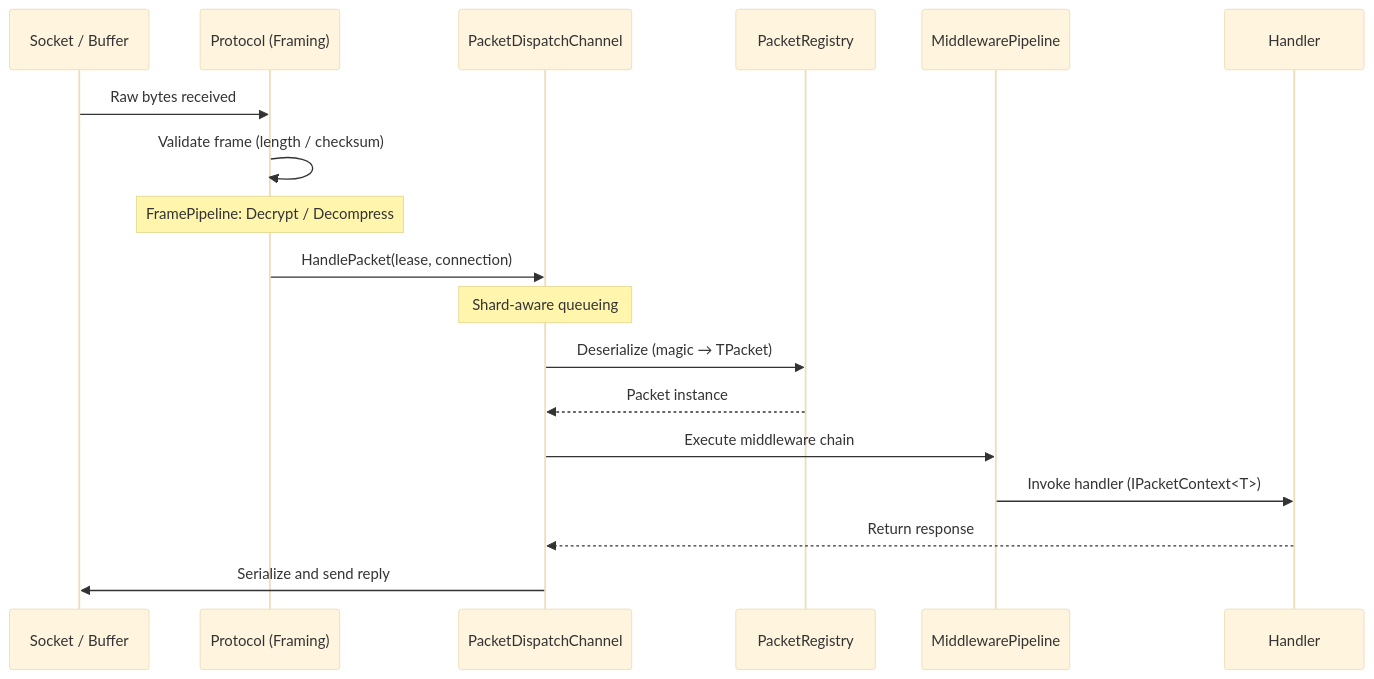
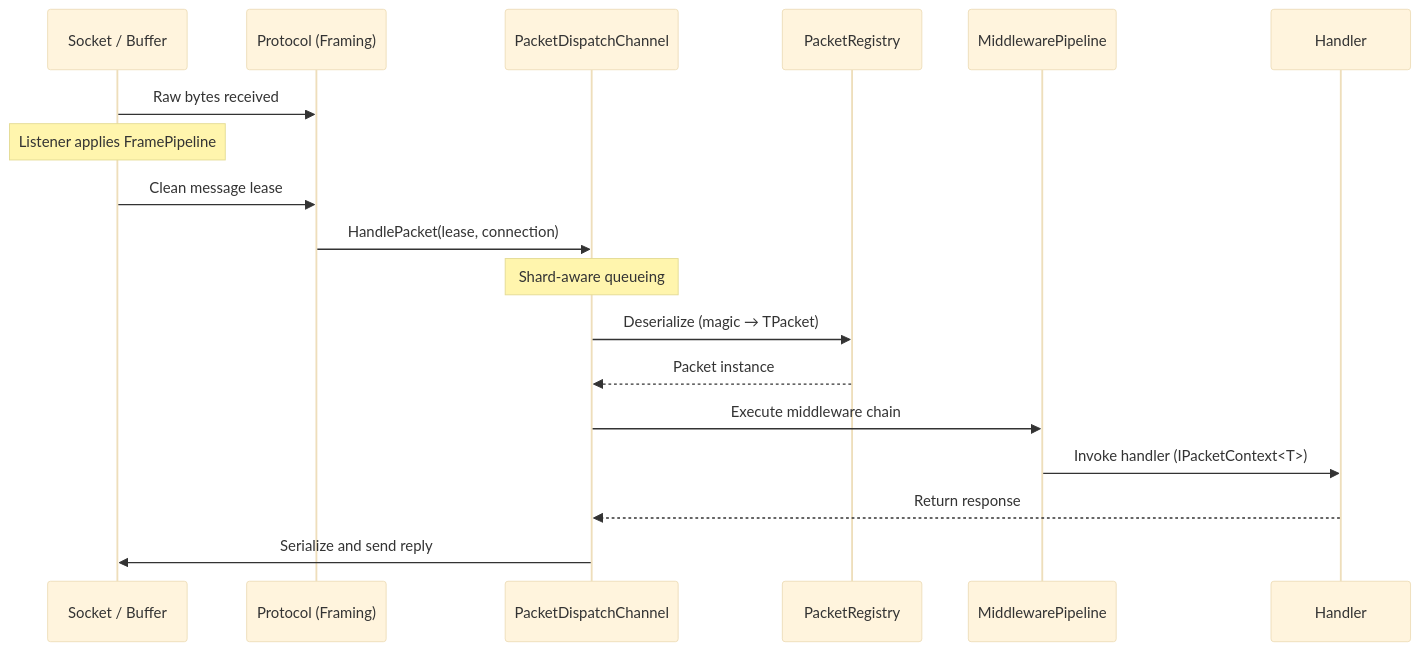
One commit to ppn-systems/Nalix changed the third of 3 diagrams in docs/concepts/fundamentals/architecture.md. Above: the diagram before and after it, drawn with Mermaid (base theme). The commit also changed other lines of this file and 101 other files, not shown here.

````diff
--- a/docs/concepts/fundamentals/architecture.md
+++ b/docs/concepts/fundamentals/architecture.md
@@ -65,21 +67,21 @@
 ```mermaid
 sequenceDiagram
     participant Net as Socket / Buffer
     participant Prot as Protocol (Framing)
     participant Disp as PacketDispatchChannel
     participant Reg as PacketRegistry
     participant PktMw as MiddlewarePipeline
     participant Hand as Handler
 
     Net->>Prot: Raw bytes received
-    Prot->>Prot: Validate frame (length / checksum)
-    Note over Prot: FramePipeline: Decrypt / Decompress
+    Note over Net: Listener applies FramePipeline
+    Net->>Prot: Clean message lease
     Prot->>Disp: HandlePacket(lease, connection)
     Note over Disp: Shard-aware queueing
     Disp->>Reg: Deserialize (magic → TPacket)
     Reg-->>Disp: Packet instance
     Disp->>PktMw: Execute middleware chain
     PktMw->>Hand: Invoke handler (IPacketContext<T>)
     Hand-->>Disp: Return response
     Disp->>Net: Serialize and send reply
 ```
````
